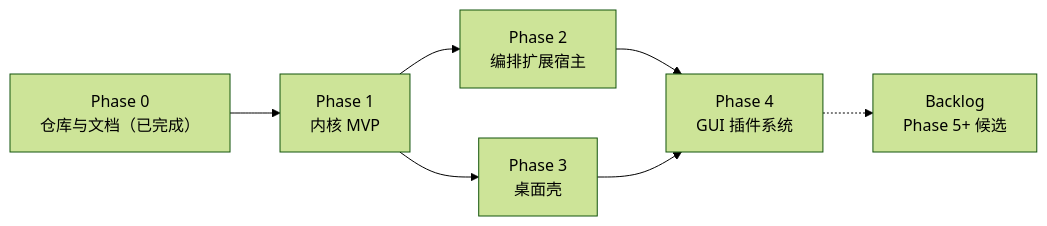
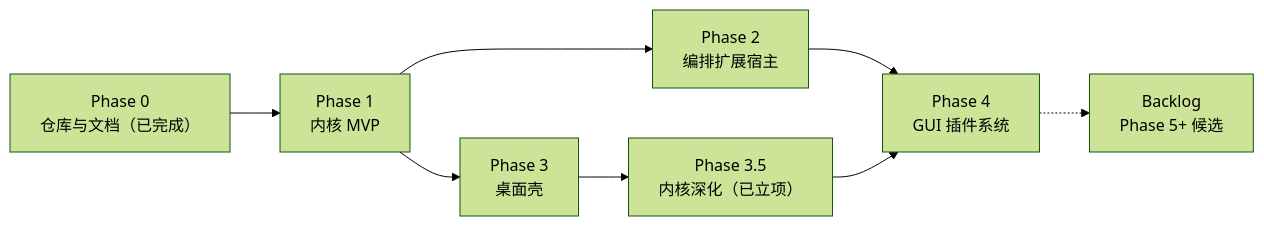
One commit to qingbird1983/timo-pi changed the diagram in docs/roadmap/00-roadmap.md. Above: the diagram before and after it, drawn with Mermaid (forest theme). The commit also changed other lines of this file and 33 other files, not shown here.

````diff
--- a/docs/roadmap/00-roadmap.md
+++ b/docs/roadmap/00-roadmap.md
@@ -11,9 +11,10 @@
 ```mermaid
 graph LR
     P0["Phase 0<br/>仓库与文档（已完成）"] --> P1["Phase 1<br/>内核 MVP"]
     P1 --> P2["Phase 2<br/>编排扩展宿主"]
     P1 --> P3["Phase 3<br/>桌面壳"]
     P2 --> P4["Phase 4<br/>GUI 插件系统"]
-    P3 --> P4
+    P3 --> P35["Phase 3.5<br/>内核深化（已立项）"]
+    P35 --> P4
     P4 -.-> B["Backlog<br/>Phase 5+ 候选"]
 ```
````
